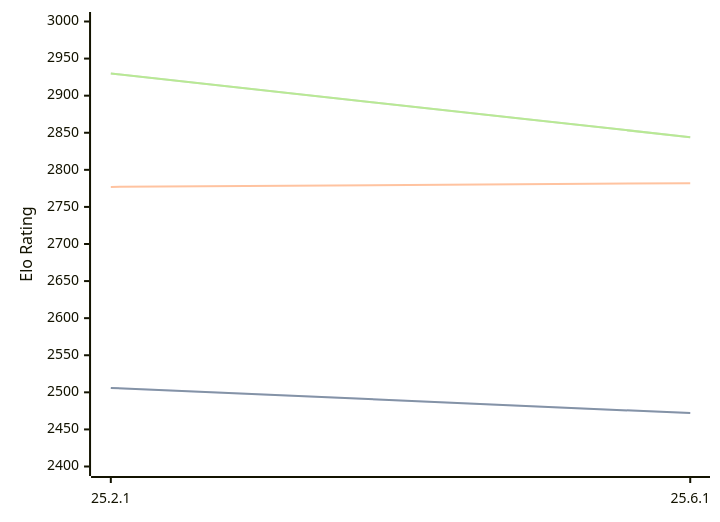
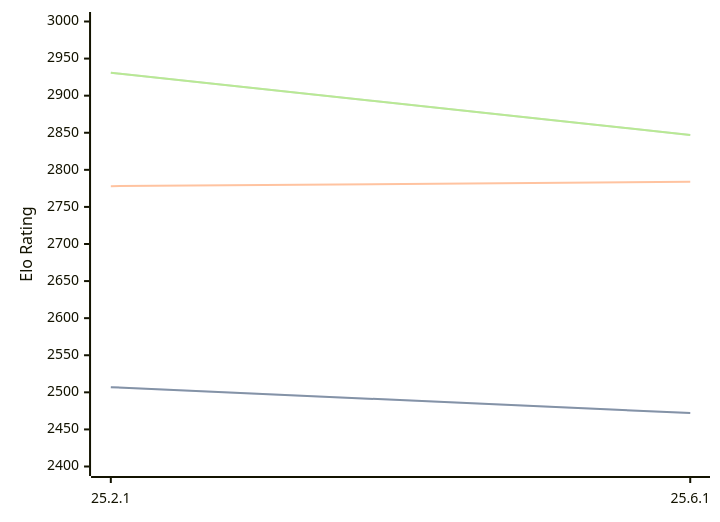
Before and after one commit to computer-chess-index/cci: the diagram in engines/Crafty.md, drawn with Mermaid. The commit also changed other lines of this file, not shown here.

Commit message:
Update CCI Ratings (ELO VLTC) - 2026-08-26

````diff
--- a/engines/Crafty.md
+++ b/engines/Crafty.md
@@ -32,11 +32,11 @@
 ```mermaid
 %%{init: {"theme":"base","themeVariables":{"seriesColors:['#a3a3a3','#222221','#faa371']}}}%%
 xychart-beta
   x-axis ["25.2.1", "25.6.1"]
   y-axis "Elo Rating" 2400 --> 3000
-  line "STC (8.0+0.08s)" [2506, 2472]
-  line "STC (8.0+0.08s)" [2506, 2472]
-  line "LTC (60.0+0.60s)" [2777, 2782]
-  line "VLTC (2m24s+1.12s)" [2930, 2844]
-  line "VLTC (2m24s+1.12s)" [2930, 2844]
+  line "STC (8.0+0.08s)" [2507, 2472]
+  line "STC (8.0+0.08s)" [2507, 2472]
+  line "LTC (60.0+0.60s)" [2778, 2784]
+  line "VLTC (2m24s+1.12s)" [2931, 2847]
+  line "VLTC (2m24s+1.12s)" [2931, 2847]
 ```
````
